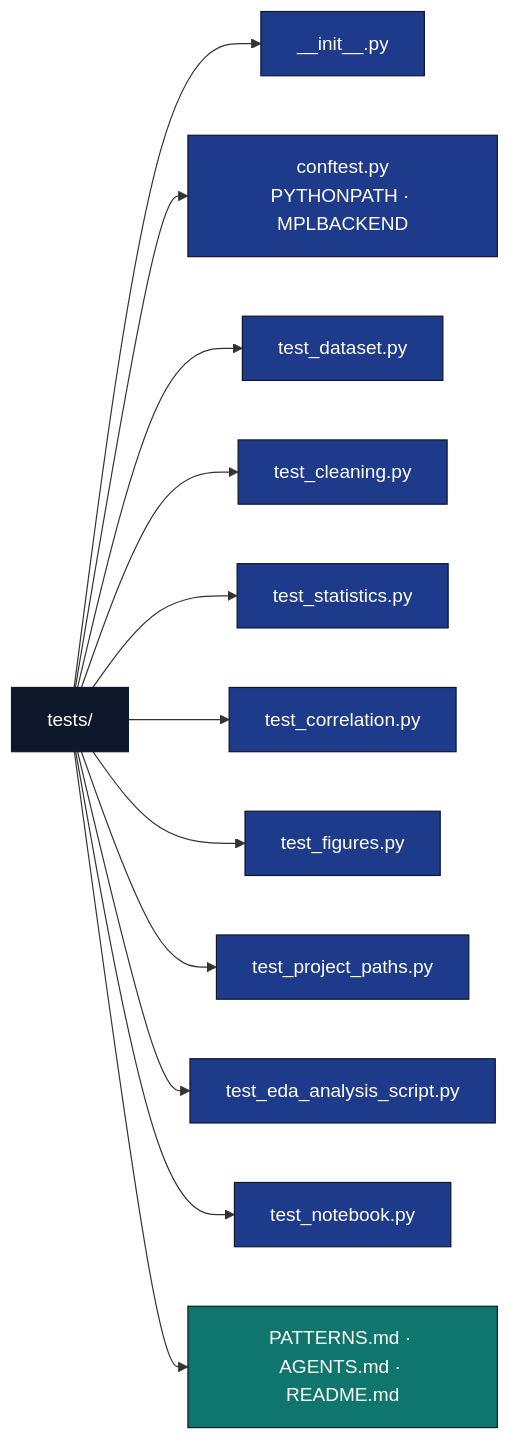
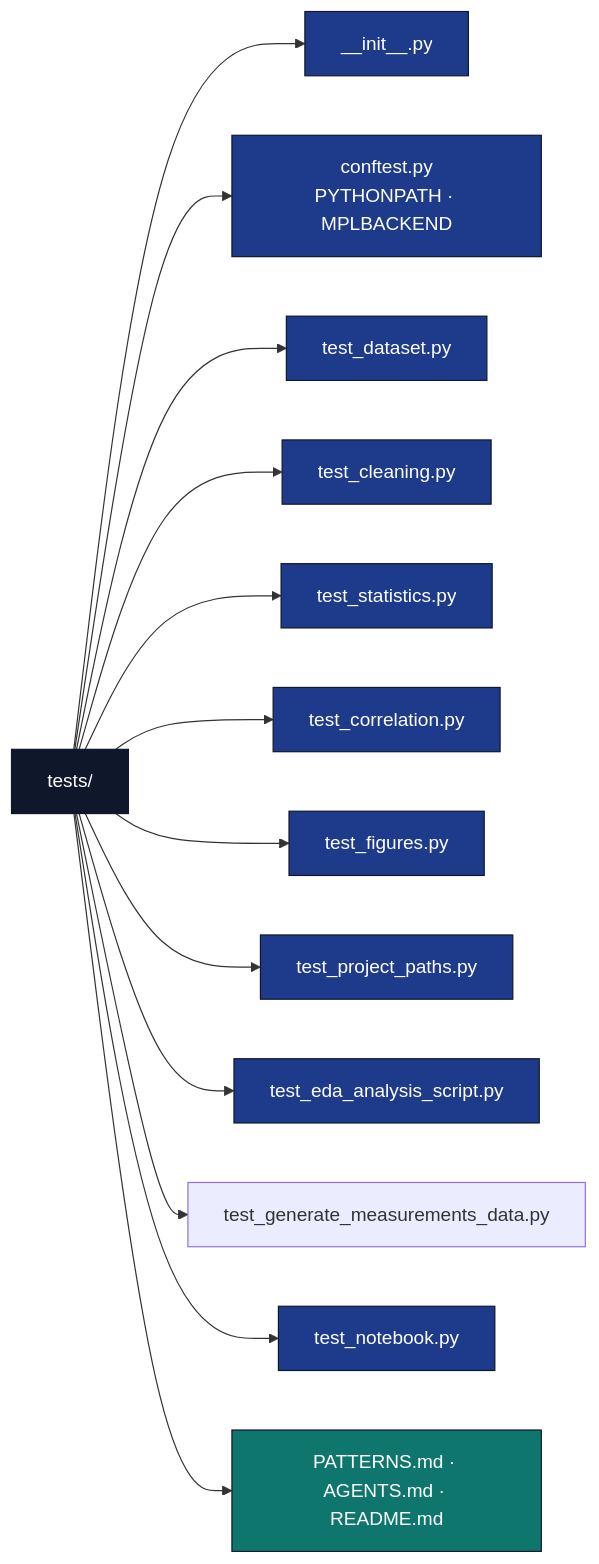
The diagram in projects/templates/template_eda_notebook/tests/AGENTS.md (docxology/template), drawn with Mermaid before and after one commit. The commit also changed other lines of this file and 14 other files, not shown here.

````diff
--- a/projects/templates/template_eda_notebook/tests/AGENTS.md
+++ b/projects/templates/template_eda_notebook/tests/AGENTS.md
@@ -20,22 +20,23 @@
 ```mermaid
 flowchart LR
     T[tests/]
     T --> INIT[__init__.py]
     T --> CFG[conftest.py<br/>PYTHONPATH · MPLBACKEND]
     T --> TDS[test_dataset.py]
     T --> TCL[test_cleaning.py]
     T --> TST[test_statistics.py]
     T --> TCO[test_correlation.py]
     T --> TFG[test_figures.py]
     T --> TPP[test_project_paths.py]
     T --> TSC[test_eda_analysis_script.py]
+    T --> TGN[test_generate_measurements_data.py]
     T --> TNB[test_notebook.py]
     T --> DOCS[PATTERNS.md · AGENTS.md · README.md]
 
     classDef d fill:#0f172a,stroke:#0f172a,color:#fff
     classDef code fill:#1e3a8a,stroke:#0f172a,color:#fff
     classDef doc fill:#0f766e,stroke:#0f172a,color:#fff
     class T d
     class INIT,CFG,TDS,TCL,TST,TCO,TFG,TPP,TSC,TNB code
     class DOCS doc
 ```
````
